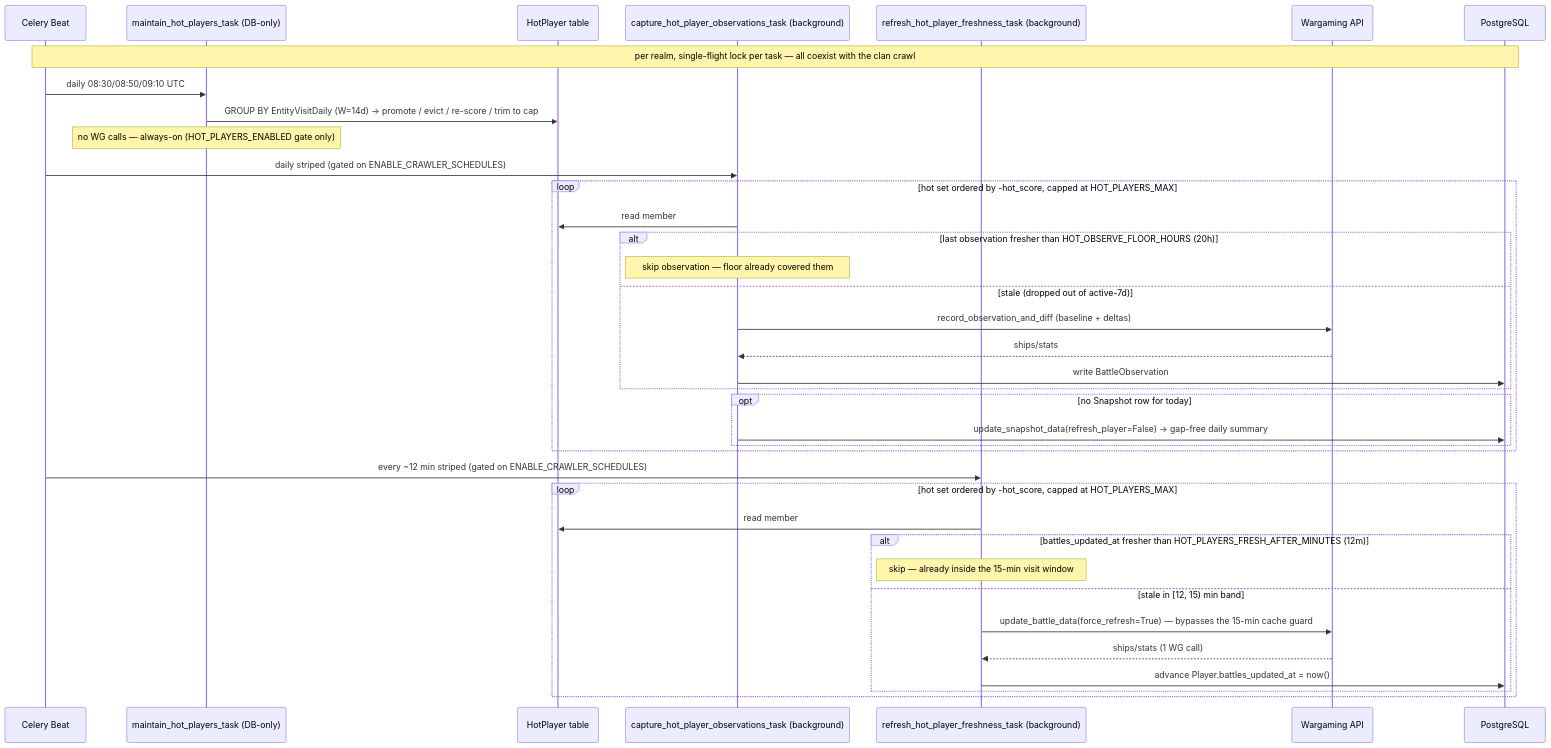
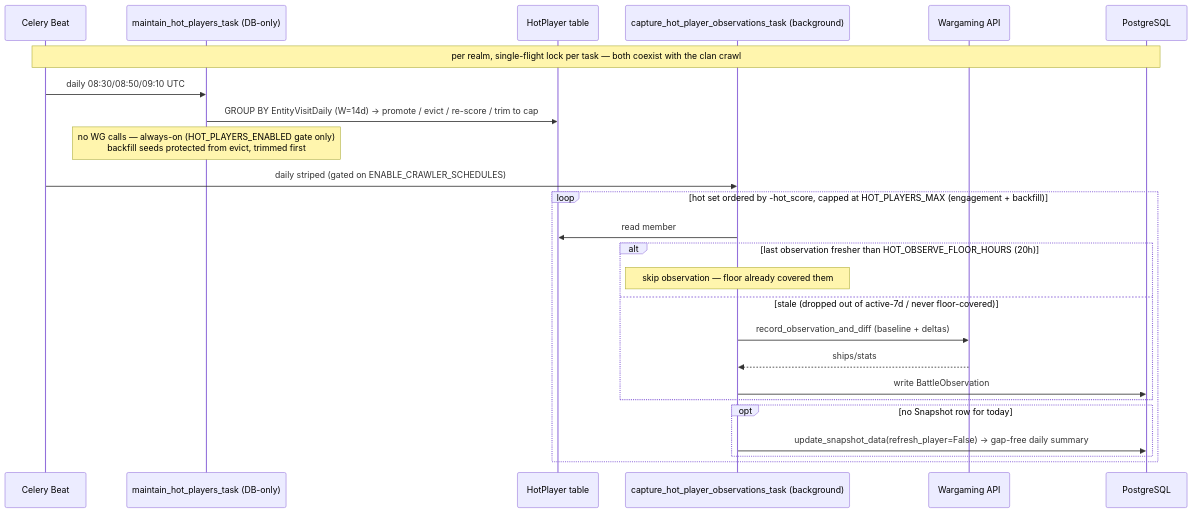
Before and after one commit to nitro-panks/battlestats: the third of 4 diagrams in agents/diagrams/hot-player-queue-data-flow.md, drawn with Mermaid. The commit also changed other lines of this file and 7 other files, not shown here.

````diff
--- a/agents/diagrams/hot-player-queue-data-flow.md
+++ b/agents/diagrams/hot-player-queue-data-flow.md
@@ -115,43 +130,30 @@
 ```mermaid
 sequenceDiagram
     participant BEAT as Celery Beat
     participant BRAIN as maintain_hot_players_task (DB-only)
     participant HP as HotPlayer table
     participant CAP as capture_hot_player_observations_task (background)
-    participant FRESH as refresh_hot_player_freshness_task (background)
     participant WG as Wargaming API
     participant PG as PostgreSQL
 
-    Note over BEAT,PG: per realm, single-flight lock per task — all coexist with the clan crawl
+    Note over BEAT,PG: per realm, single-flight lock per task — both coexist with the clan crawl
 
     BEAT->>BRAIN: daily 08:30/08:50/09:10 UTC
     BRAIN->>HP: GROUP BY EntityVisitDaily (W=14d) -> promote / evict / re-score / trim to cap
-    Note over BRAIN: no WG calls — always-on (HOT_PLAYERS_ENABLED gate only)
+    Note over BRAIN: no WG calls — always-on (HOT_PLAYERS_ENABLED gate only)<br/>backfill seeds protected from evict, trimmed first
 
     BEAT->>CAP: daily striped (gated on ENABLE_CRAWLER_SCHEDULES)
-    loop hot set ordered by -hot_score, capped at HOT_PLAYERS_MAX
+    loop hot set ordered by -hot_score, capped at HOT_PLAYERS_MAX (engagement + backfill)
         CAP->>HP: read member
         alt last observation fresher than HOT_OBSERVE_FLOOR_HOURS (20h)
             Note over CAP: skip observation — floor already covered them
-        else stale (dropped out of active-7d)
+        else stale (dropped out of active-7d / never floor-covered)
             CAP->>WG: record_observation_and_diff (baseline + deltas)
             WG-->>CAP: ships/stats
             CAP->>PG: write BattleObservation
         end
         opt no Snapshot row for today
             CAP->>PG: update_snapshot_data(refresh_player=False) -> gap-free daily summary
         end
     end
-
-    BEAT->>FRESH: every ~12 min striped (gated on ENABLE_CRAWLER_SCHEDULES)
-    loop hot set ordered by -hot_score, capped at HOT_PLAYERS_MAX
-        FRESH->>HP: read member
-        alt battles_updated_at fresher than HOT_PLAYERS_FRESH_AFTER_MINUTES (12m)
-            Note over FRESH: skip — already inside the 15-min visit window
-        else stale in [12, 15) min band
-            FRESH->>WG: update_battle_data(force_refresh=True) — bypasses the 15-min cache guard
-            WG-->>FRESH: ships/stats (1 WG call)
-            FRESH->>PG: advance Player.battles_updated_at = now()
-        end
-    end
 ```
````
